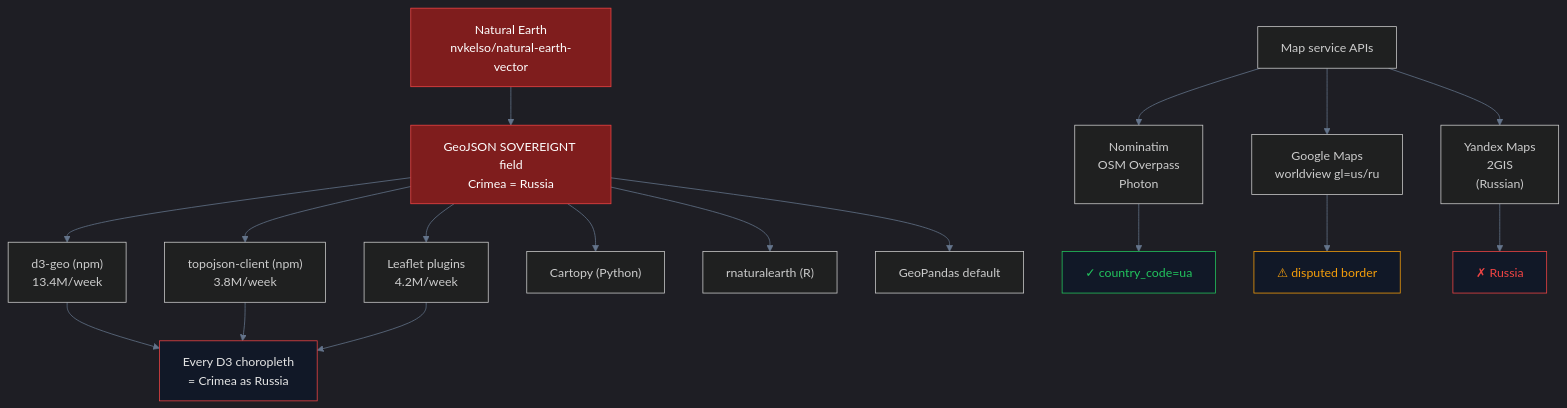
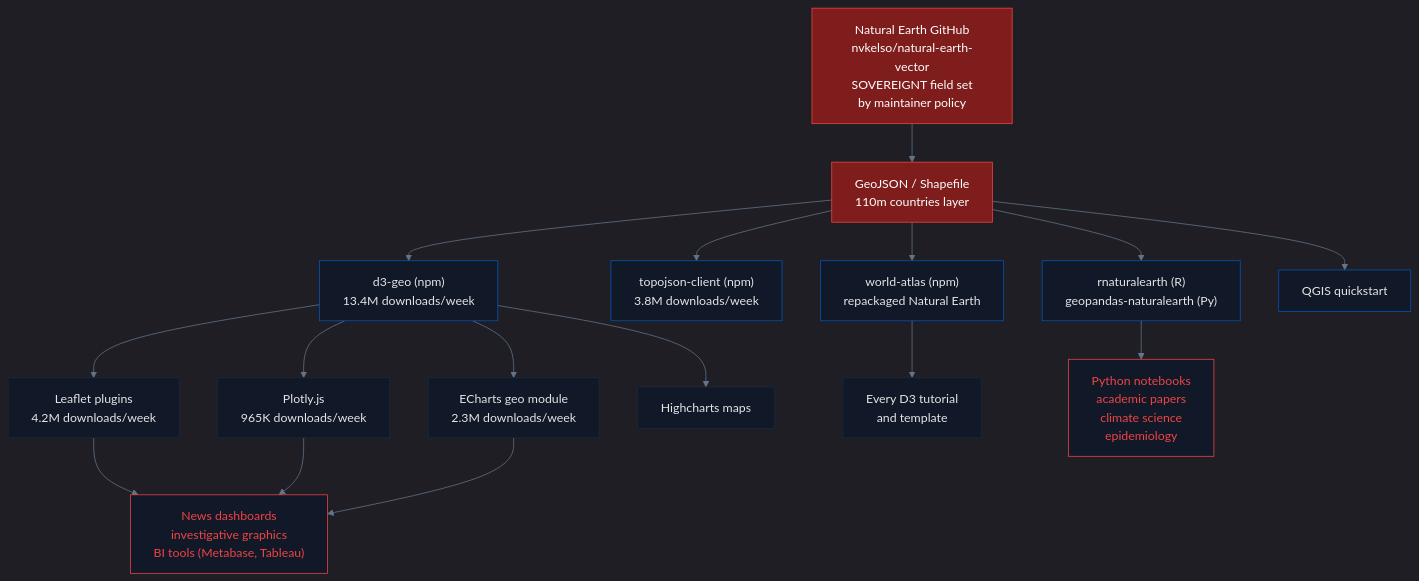
The first of 2 diagrams in pipelines/geodata/README.md (IvanDobrovolsky/crimeaisukraine), drawn with Mermaid before and after one commit. The commit also changed other lines of this file and 2 other files, not shown here.

````diff
--- a/pipelines/geodata/README.md
+++ b/pipelines/geodata/README.md
@@ -18,28 +39,35 @@
 ```mermaid
-%%{init: {'theme': 'dark', 'themeVariables': {'primaryColor': '#0057b7', 'secondaryColor': '#ffd700', 'primaryTextColor': '#e5e5e5', 'lineColor': '#64748b', 'primaryBorderColor': '#1e293b'}}}%%
+%%{init: {'theme': 'dark', 'themeVariables': {'primaryColor': '#0057b7', 'primaryTextColor': '#e5e5e5', 'lineColor': '#64748b', 'primaryBorderColor': '#1e293b', 'secondaryColor': '#111827', 'tertiaryColor': '#0a0e1a'}}}%%
 graph TB
-  A["Natural Earth<br/>nvkelso/natural-earth-vector"] --> B["GeoJSON SOVEREIGNT field<br/>Crimea = Russia"]
-  B --> C["d3-geo (npm)<br/>13.4M/week"]
-  B --> D["topojson-client (npm)<br/>3.8M/week"]
-  B --> E["Leaflet plugins<br/>4.2M/week"]
-  C --> F["Every D3 choropleth<br/>= Crimea as Russia"]
-  D --> F
-  E --> F
-  B --> G["Cartopy (Python)"]
-  B --> H["rnaturalearth (R)"]
-  B --> I["GeoPandas default"]
+    A["Natural Earth GitHub<br/>nvkelso/natural-earth-vector<br/>SOVEREIGNT field set<br/>by maintainer policy"]
+    A --> B["GeoJSON / Shapefile<br/>110m countries layer"]
+    B --> C["d3-geo (npm)<br/>13.4M downloads/week"]
+    B --> D["topojson-client (npm)<br/>3.8M downloads/week"]
+    B --> E["world-atlas (npm)<br/>repackaged Natural Earth"]
+    B --> F["rnaturalearth (R)<br/>geopandas-naturalearth (Py)"]
+    B --> G["QGIS quickstart"]
+    C --> H["Leaflet plugins<br/>4.2M downloads/week"]
+    C --> I["Plotly.js<br/>965K downloads/week"]
+    C --> J["ECharts geo module<br/>2.3M downloads/week"]
+    C --> K["Highcharts maps"]
+    E --> L["Every D3 tutorial<br/>and template"]
+    H --> M["News dashboards<br/>investigative graphics<br/>BI tools (Metabase, Tableau)"]
+    I --> M
+    J --> M
+    F --> N["Python notebooks<br/>academic papers<br/>climate science<br/>epidemiology"]
 
-  J["Map service APIs"] --> K["Nominatim<br/>OSM Overpass<br/>Photon"]
-  J --> L["Google Maps<br/>worldview gl=us/ru"]
-  J --> M["Yandex Maps<br/>2GIS<br/>(Russian)"]
-  K --> N["✓ country_code=ua"]
-  L --> O["⚠ disputed border"]
-  M --> P["✗ Russia"]
-
-  style A fill:#7f1d1d,stroke:#ef4444,color:#ffffff
-  style B fill:#7f1d1d,stroke:#ef4444,color:#ffffff
-  style F fill:#111827,stroke:#ef4444,color:#e5e5e5
-  style N fill:#111827,stroke:#22c55e,color:#22c55e
-  style O fill:#111827,stroke:#f59e0b,color:#f59e0b
-  style P fill:#111827,stroke:#ef4444,color:#ef4444
+    style A fill:#7f1d1d,stroke:#ef4444,color:#ffffff
+    style B fill:#7f1d1d,stroke:#ef4444,color:#ffffff
+    style C fill:#111827,stroke:#0057b7,color:#e5e5e5
+    style D fill:#111827,stroke:#0057b7,color:#e5e5e5
+    style E fill:#111827,stroke:#0057b7,color:#e5e5e5
+    style F fill:#111827,stroke:#0057b7,color:#e5e5e5
+    style G fill:#111827,stroke:#0057b7,color:#e5e5e5
+    style H fill:#111827,stroke:#1e293b,color:#e5e5e5
+    style I fill:#111827,stroke:#1e293b,color:#e5e5e5
+    style J fill:#111827,stroke:#1e293b,color:#e5e5e5
+    style K fill:#111827,stroke:#1e293b,color:#e5e5e5
+    style L fill:#111827,stroke:#1e293b,color:#e5e5e5
+    style M fill:#111827,stroke:#ef4444,color:#ef4444
+    style N fill:#111827,stroke:#ef4444,color:#ef4444
 ```
````
